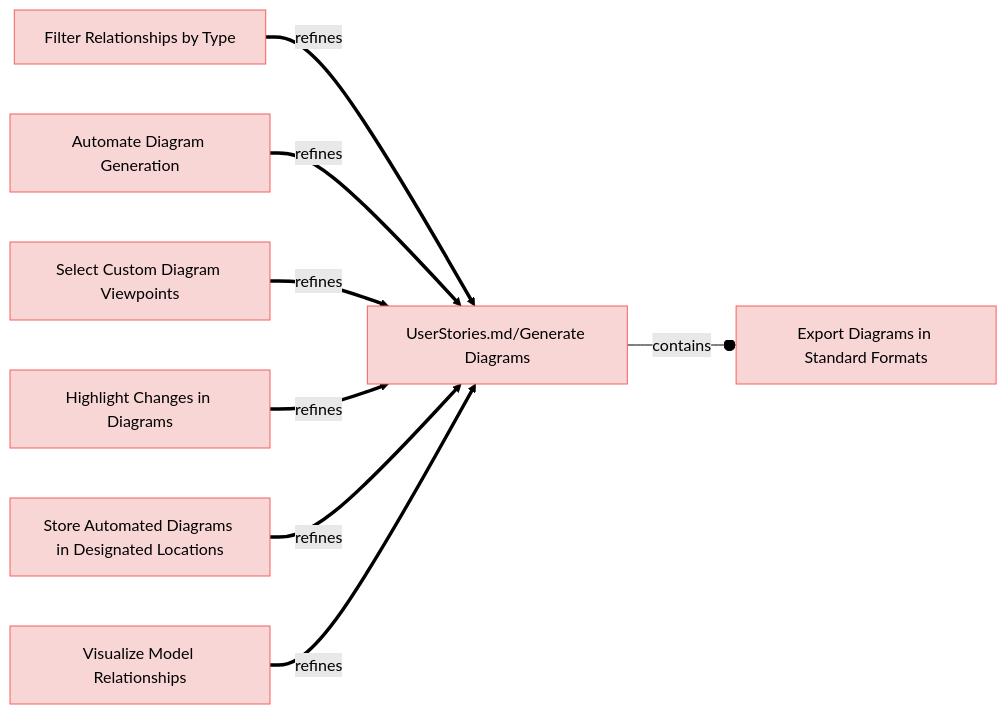
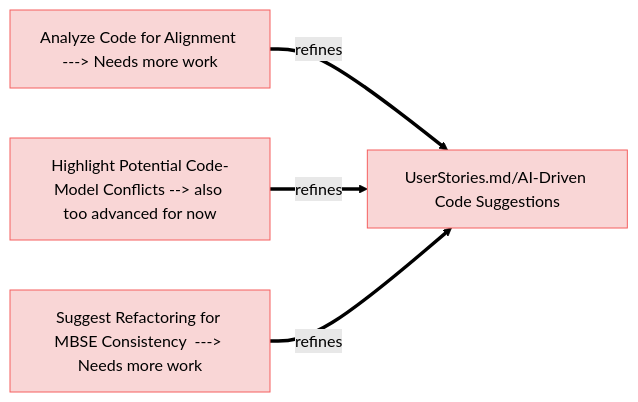
The third of 3 diagrams in specifications/UserRequirements.md (reqvire-org/reqvire), drawn with Mermaid (forest theme) before and after one commit. The commit also changed other lines of this file and 17 other files, not shown here.

````diff
--- a/specifications/UserRequirements.md
+++ b/specifications/UserRequirements.md
@@ -100,40 +320,23 @@
 ```mermaid
 graph LR;
   %% Graph styling
   classDef requirement fill:#f9d6d6,stroke:#f55f5f,stroke-width:1px;
   classDef verification fill:#d6f9d6,stroke:#5fd75f,stroke-width:1px;
   classDef externalLink fill:#d0e0ff,stroke:#3080ff,stroke-width:1px;
   classDef default fill:#f5f5f5,stroke:#333333,stroke-width:1px;
-
-  30d97803eb["Filter Relationships by Type"];
-  click 30d97803eb "UserRequirements.md#filter-relationships-by-type";
-  class 30d97803eb requirement;
-  cf0026c2fe["UserStories.md/Generate Diagrams"];
-  class cf0026c2fe requirement;
-  click cf0026c2fe "UserStories.md#generate-diagrams";
-  30d97803eb ==>|refines| cf0026c2fe;
-  10c00a1bd1["Export Diagrams in Standard Formats"];
-  click 10c00a1bd1 "UserRequirements.md#export-diagrams-in-standard-formats";
-  class 10c00a1bd1 requirement;
-  cf0026c2fe --o|contains| 10c00a1bd1;
-  81f9235ded["Automate Diagram Generation"];
-  click 81f9235ded "UserRequirements.md#automate-diagram-generation";
-  class 81f9235ded requirement;
-  81f9235ded ==>|refines| cf0026c2fe;
-  30053341d8["Select Custom Diagram Viewpoints"];
-  click 30053341d8 "UserRequirements.md#select-custom-diagram-viewpoints";
-  class 30053341d8 requirement;
-  30053341d8 ==>|refines| cf0026c2fe;
-  fd7388e379["Highlight Changes in Diagrams"];
-  click fd7388e379 "UserRequirements.md#highlight-changes-in-diagrams";
-  class fd7388e379 requirement;
-  fd7388e379 ==>|refines| cf0026c2fe;
-  aee397f35b["Store Automated Diagrams in Designated Locations"];
-  click aee397f35b "UserRequirements.md#store-automated-diagrams-in-designated-locations";
-  class aee397f35b requirement;
-  aee397f35b ==>|refines| cf0026c2fe;
-  a6a8362836["Visualize Model Relationships"];
-  click a6a8362836 "UserRequirements.md#visualize-model-relationships";
-  class a6a8362836 requirement;
-  a6a8362836 ==>|refines| cf0026c2fe;
+  e19f1380d9["Analyze Code for Alignment ---> Needs more work"];
+  click e19f1380d9 "UserRequirements.md#analyze-code-for-alignment---->-needs-more-work";
+  class e19f1380d9 requirement;
+  a4657fca5a["UserStories.md/AI-Driven Code Suggestions"];
+  class a4657fca5a requirement;
+  click a4657fca5a "UserStories.md#ai-driven-code-suggestions";
+  e19f1380d9 ==>|refines| a4657fca5a;
+  c6d300e51a["Highlight Potential Code-Model Conflicts --> also too advanced for now"];
+  click c6d300e51a "UserRequirements.md#highlight-potential-code-model-conflicts--->-also-too-advanced-for-now";
+  class c6d300e51a requirement;
+  c6d300e51a ==>|refines| a4657fca5a;
+  71ba0e325e["Suggest Refactoring for MBSE Consistency  ---> Needs more work"];
+  click 71ba0e325e "UserRequirements.md#suggest-refactoring-for-mbse-consistency----->-needs-more-work";
+  class 71ba0e325e requirement;
+  71ba0e325e ==>|refines| a4657fca5a;
 ```
````
